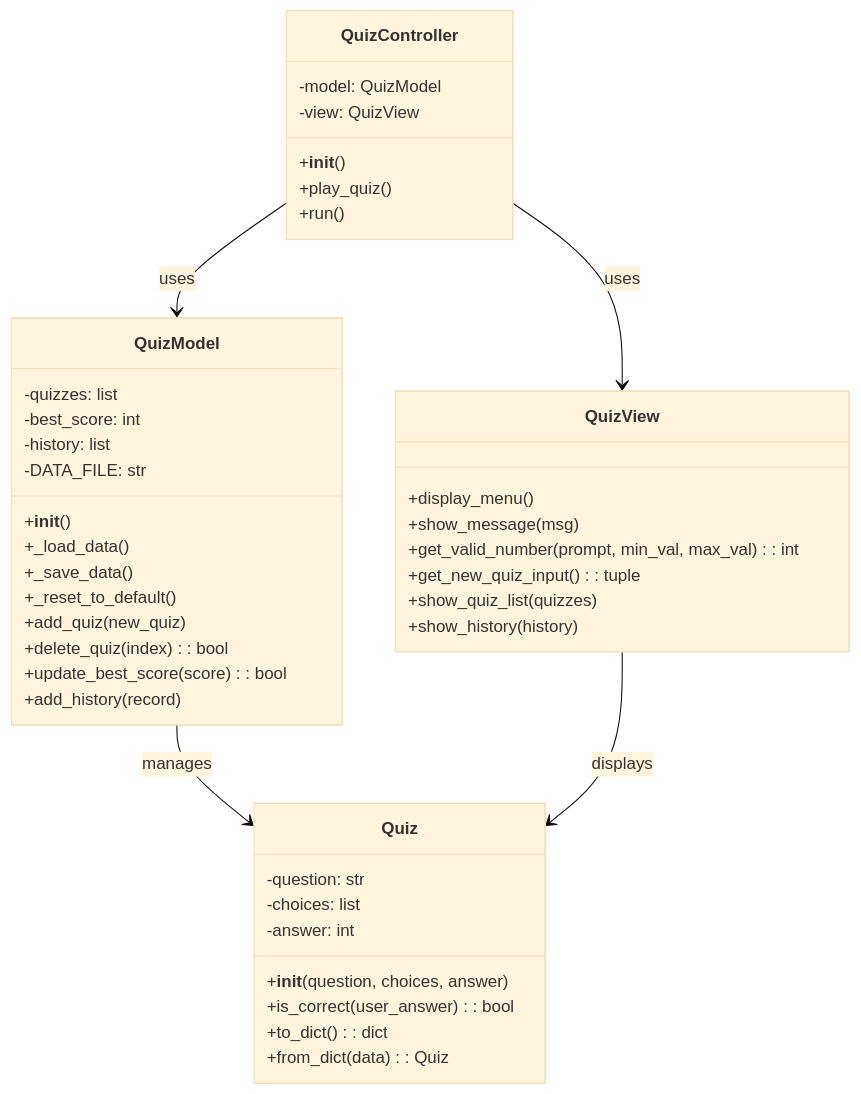
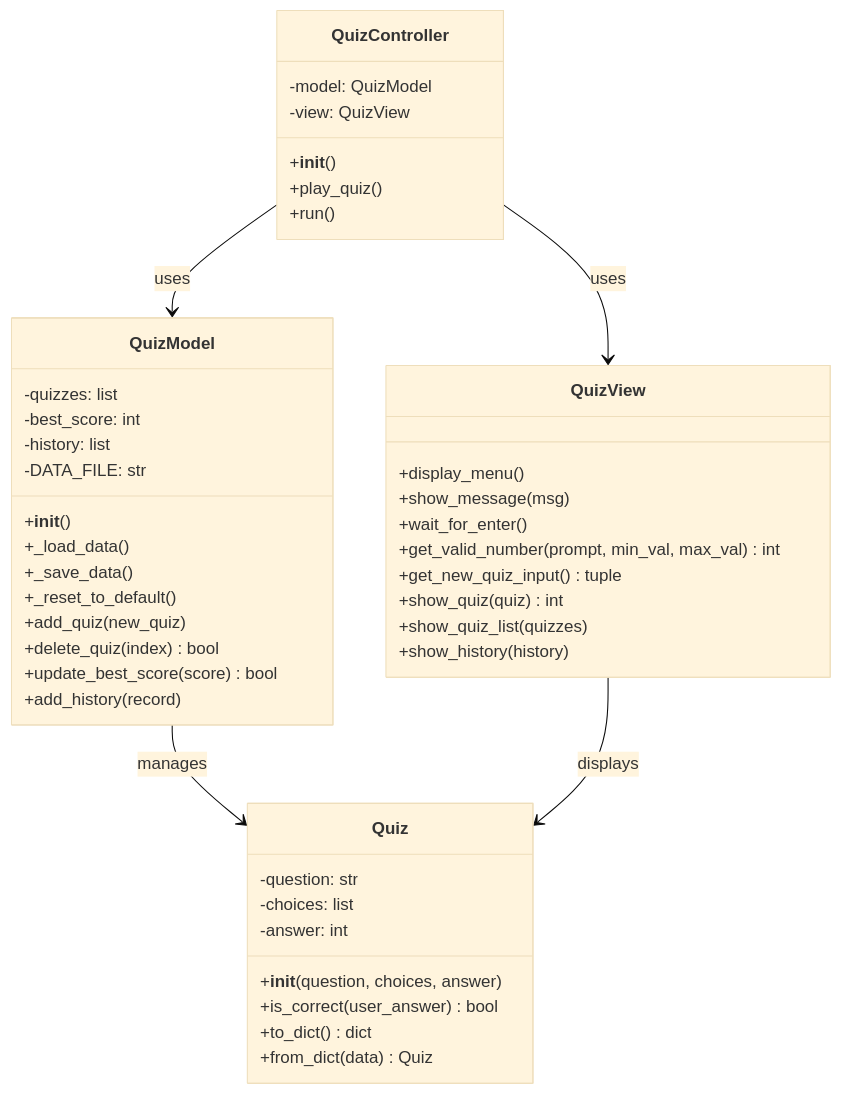
One commit to ntt65/codyssey changed the first of 2 diagrams in e1_2/readme.md. Above: the diagram before and after it, drawn with Mermaid (base theme). The commit also changed other lines of this file, not shown here.

Commit message:
Fix:readme.me correct mermaid diagram

````diff
--- a/e1_2/readme.md
+++ b/e1_2/readme.md
@@ -63,52 +63,51 @@
 ```mermaid
 classDiagram
-
-
     class Quiz {
         -question: str
         -choices: list
         -answer: int
         +__init__(question, choices, answer)
-        +is_correct(user_answer): bool
-        +to_dict(): dict
-        +from_dict(data): Quiz
+        +is_correct(user_answer) bool
+        +to_dict() dict
+        +from_dict(data) Quiz
     }
-
+    
     class QuizModel {
         -quizzes: list
         -best_score: int
         -history: list
         -DATA_FILE: str
         +__init__()
         +_load_data()
         +_save_data()
         +_reset_to_default()
         +add_quiz(new_quiz)
-        +delete_quiz(index): bool
-        +update_best_score(score): bool
+        +delete_quiz(index) bool
+        +update_best_score(score) bool
         +add_history(record)
     }
-
+    
     class QuizView {
         +display_menu()
         +show_message(msg)
-        +get_valid_number(prompt, min_val, max_val): int
-        +get_new_quiz_input(): tuple
+        +wait_for_enter()
+        +get_valid_number(prompt, min_val, max_val) int
+        +get_new_quiz_input() tuple
+        +show_quiz(quiz) int
         +show_quiz_list(quizzes)
         +show_history(history)
     }
-
+    
     class QuizController {
         -model: QuizModel
         -view: QuizView
         +__init__()
         +play_quiz()
         +run()
     }
-
+    
     QuizController --> QuizModel : uses
     QuizController --> QuizView : uses
     QuizModel --> Quiz : manages
     QuizView --> Quiz : displays
-
-```
+``` 
````
